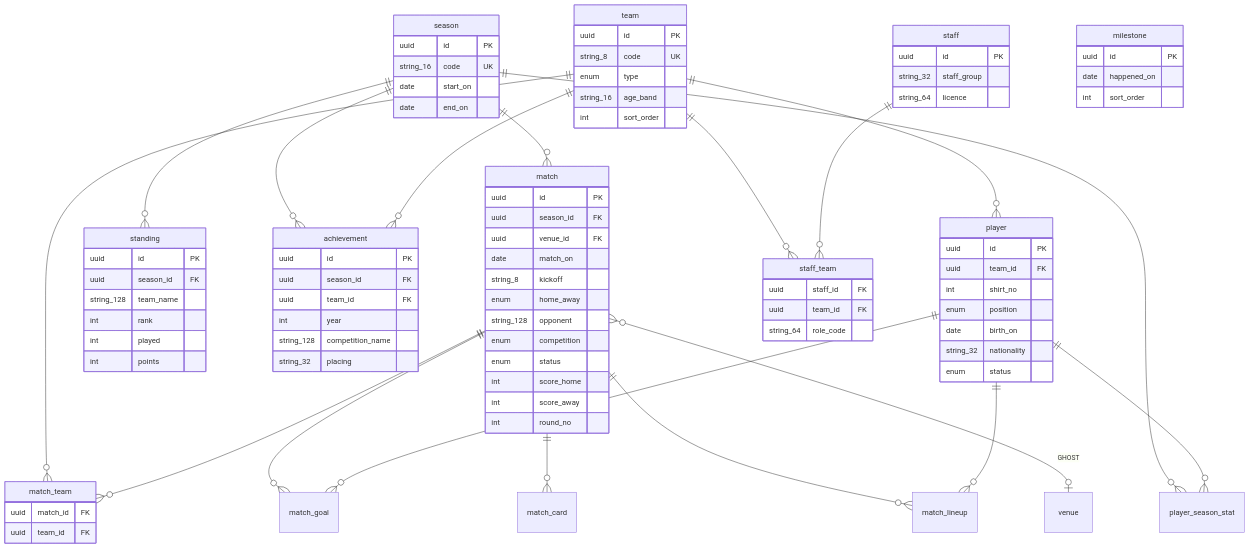
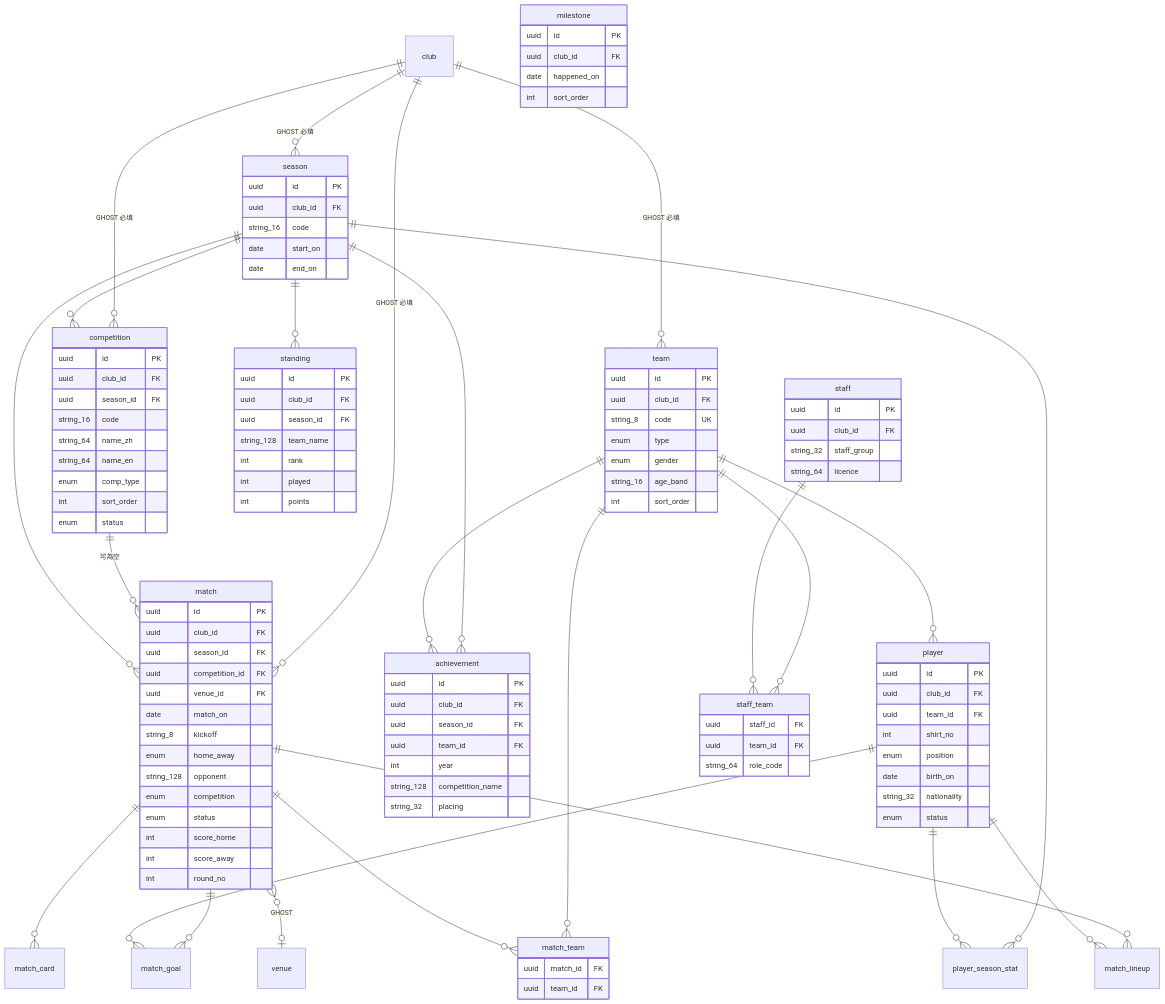
Before and after one commit to waiting0201/tcrfc: the third of 15 diagrams in docs/12a-database-erd.md, drawn with Mermaid. The commit also changed other lines of this file and 4 other files, not shown here.

First line of the commit message:
feat: docs/12a ERD 完成 v3.0 同步，13 項落差結案（B-2 收尾）

````diff
--- a/docs/12a-database-erd.md
+++ b/docs/12a-database-erd.md
@@ -153,5 +162,11 @@
 ```mermaid
 erDiagram
+  club ||--o{ season : "GHOST 必填"
+  club ||--o{ team : "GHOST 必填"
+  club ||--o{ competition : "GHOST 必填"
+  club ||--o{ match : "GHOST 必填"
+  season ||--o{ competition : ""
+  competition ||--o{ match : "可為空"
   season ||--o{ match : ""
   season ||--o{ standing : ""
   season ||--o{ achievement : ""
@@ -171,19 +186,34 @@
   team ||--o{ achievement : ""
   season {
     uuid id PK
-    string_16 code UK
+    uuid club_id FK
+    string_16 code
     date start_on
     date end_on
   }
+  competition {
+    uuid id PK
+    uuid club_id FK
+    uuid season_id FK
+    string_16 code
+    string_64 name_zh
+    string_64 name_en
+    enum comp_type
+    int sort_order
+    enum status
+  }
   team {
     uuid id PK
+    uuid club_id FK
     string_8 code UK
     enum type
+    enum gender
     string_16 age_band
     int sort_order
   }
   player {
     uuid id PK
+    uuid club_id FK
     uuid team_id FK
     int shirt_no
     enum position
@@ -193,6 +223,7 @@
   }
   staff {
     uuid id PK
+    uuid club_id FK
     string_32 staff_group
     string_64 licence
   }
@@ -203,7 +234,9 @@
   }
   match {
     uuid id PK
+    uuid club_id FK
     uuid season_id FK
+    uuid competition_id FK
     uuid venue_id FK
     date match_on
     string_8 kickoff
@@ -221,6 +254,7 @@
   }
   standing {
     uuid id PK
+    uuid club_id FK
     uuid season_id FK
     string_128 team_name
     int rank
@@ -229,6 +263,7 @@
   }
   achievement {
     uuid id PK
+    uuid club_id FK
     uuid season_id FK
     uuid team_id FK
     int year
@@ -237,6 +272,7 @@
   }
   milestone {
     uuid id PK
+    uuid club_id FK
     date happened_on
     int sort_order
   }
````
